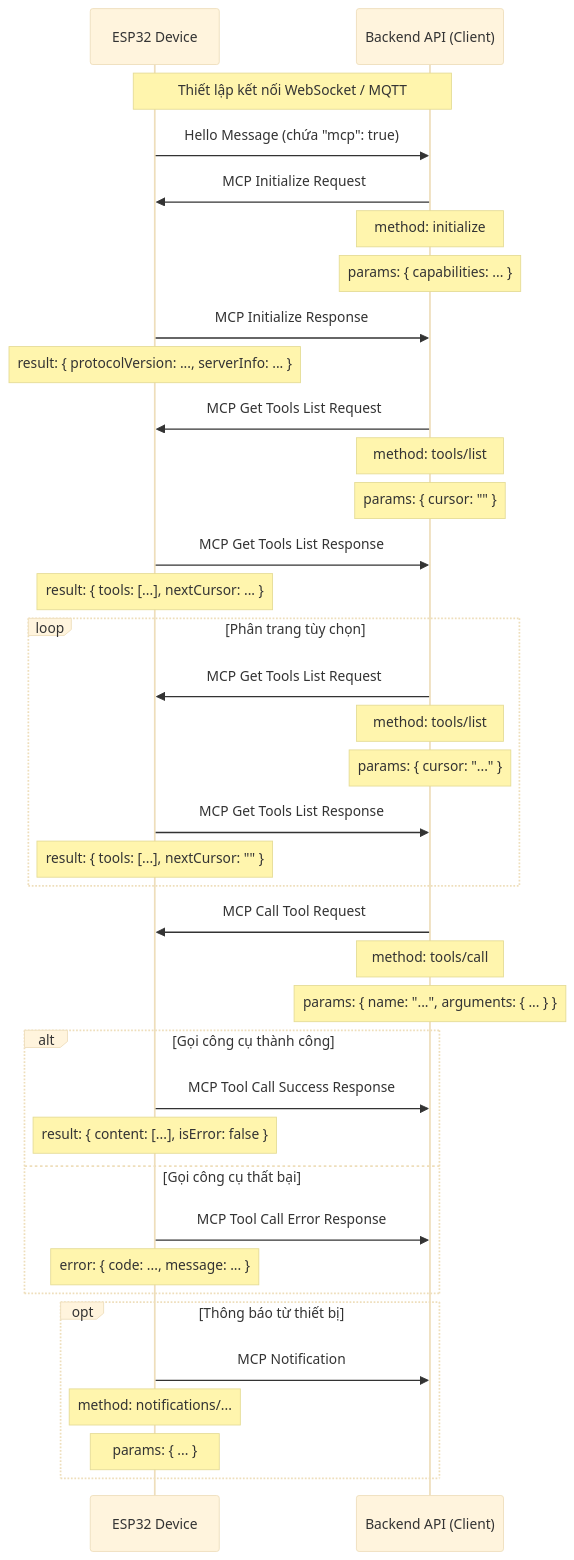
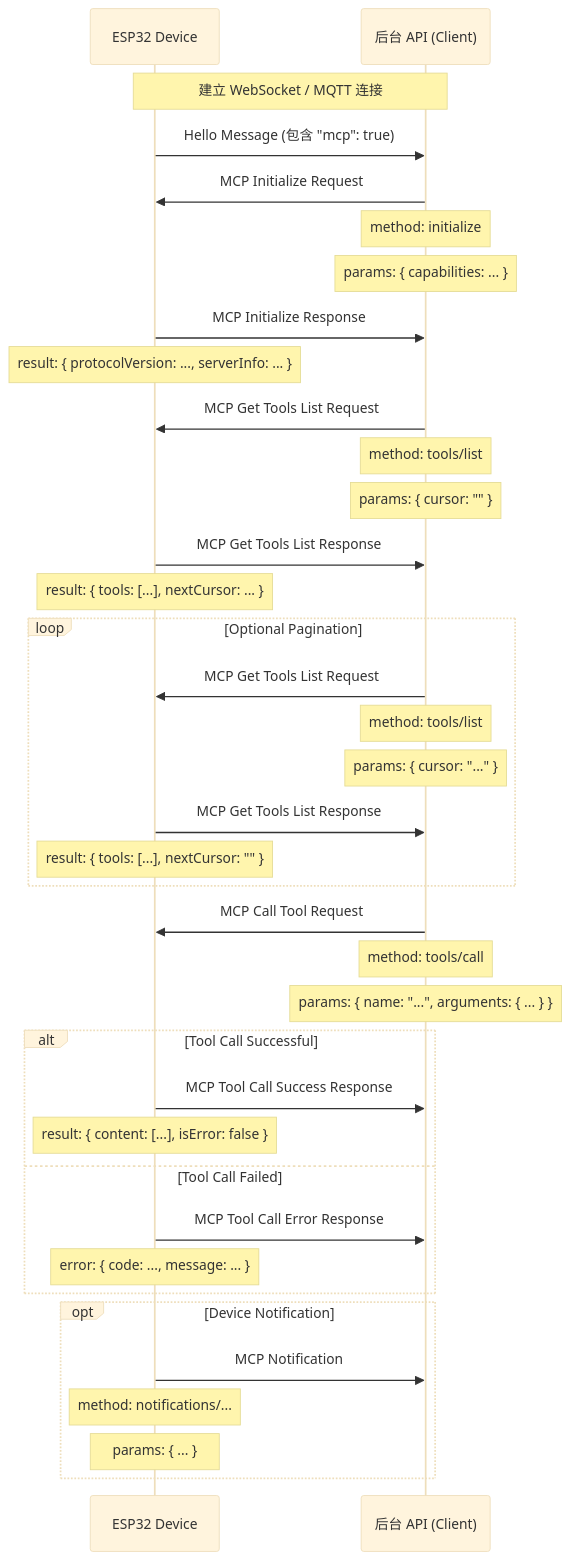
One commit to NTC95-Xiaozhi-Esp32/Xiaozhi_NTC_SDCARD changed the diagram in docs/mcp-protocol.md. Above: the diagram before and after it, drawn with Mermaid (base theme). The commit also changed other lines of this file and 219 other files, not shown here.

````diff
--- a/docs/mcp-protocol.md
+++ b/docs/mcp-protocol.md
@@ -221,49 +219,49 @@
 ```mermaid
 sequenceDiagram
     participant Device as ESP32 Device
-    participant BackendAPI as Backend API (Client)
+    participant BackendAPI as 后台 API (Client)
 
-    Note over Device, BackendAPI: Thiết lập kết nối WebSocket / MQTT
+    Note over Device, BackendAPI: 建立 WebSocket / MQTT 连接
 
-    Device->>BackendAPI: Hello Message (chứa "mcp": true)
+    Device->>BackendAPI: Hello Message (包含 "mcp": true)
 
     BackendAPI->>Device: MCP Initialize Request
     Note over BackendAPI: method: initialize
     Note over BackendAPI: params: { capabilities: ... }
 
     Device->>BackendAPI: MCP Initialize Response
     Note over Device: result: { protocolVersion: ..., serverInfo: ... }
 
     BackendAPI->>Device: MCP Get Tools List Request
     Note over BackendAPI: method: tools/list
     Note over BackendAPI: params: { cursor: "" }
 
     Device->>BackendAPI: MCP Get Tools List Response
     Note over Device: result: { tools: [...], nextCursor: ... }
 
-    loop Phân trang tùy chọn
+    loop Optional Pagination
         BackendAPI->>Device: MCP Get Tools List Request
         Note over BackendAPI: method: tools/list
         Note over BackendAPI: params: { cursor: "..." }
         Device->>BackendAPI: MCP Get Tools List Response
         Note over Device: result: { tools: [...], nextCursor: "" }
     end
 
     BackendAPI->>Device: MCP Call Tool Request
     Note over BackendAPI: method: tools/call
     Note over BackendAPI: params: { name: "...", arguments: { ... } }
 
-    alt Gọi công cụ thành công
+    alt Tool Call Successful
         Device->>BackendAPI: MCP Tool Call Success Response
         Note over Device: result: { content: [...], isError: false }
-    else Gọi công cụ thất bại
+    else Tool Call Failed
         Device->>BackendAPI: MCP Tool Call Error Response
         Note over Device: error: { code: ..., message: ... }
     end
 
-    opt Thông báo từ thiết bị
+    opt Device Notification
         Device->>BackendAPI: MCP Notification
         Note over Device: method: notifications/...
         Note over Device: params: { ... }
     end
 ```
````
